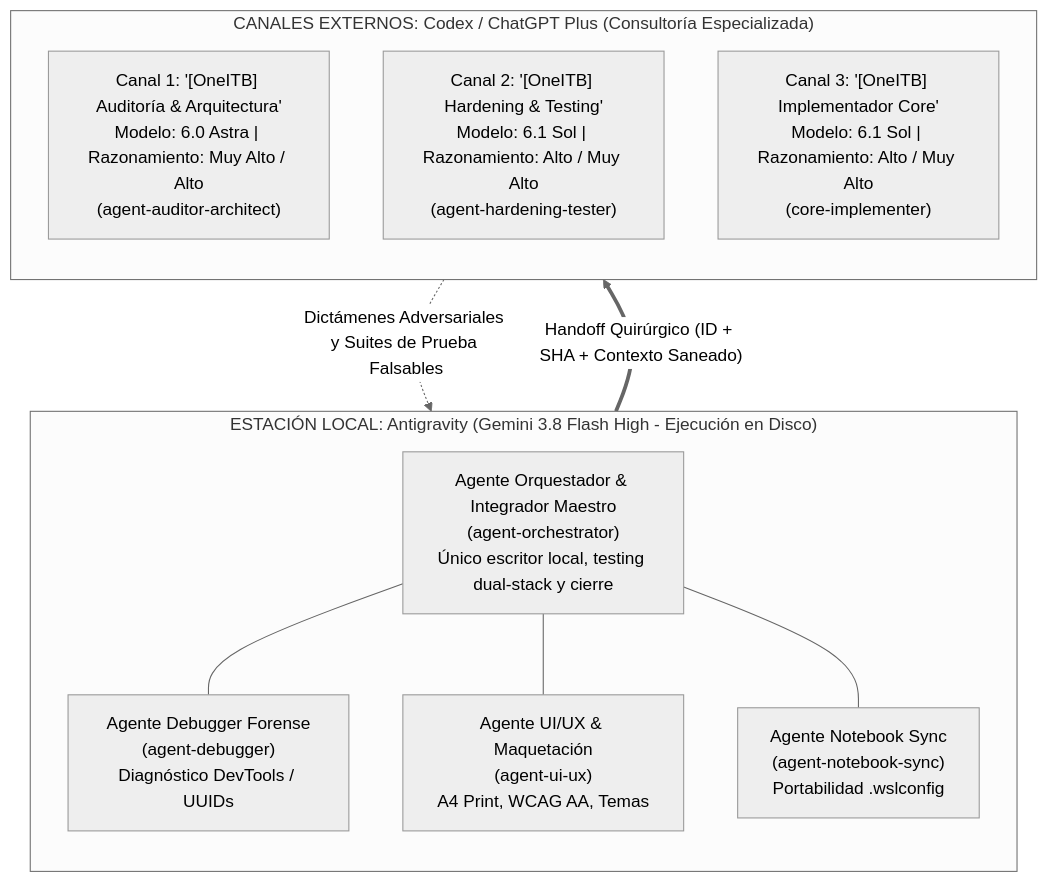
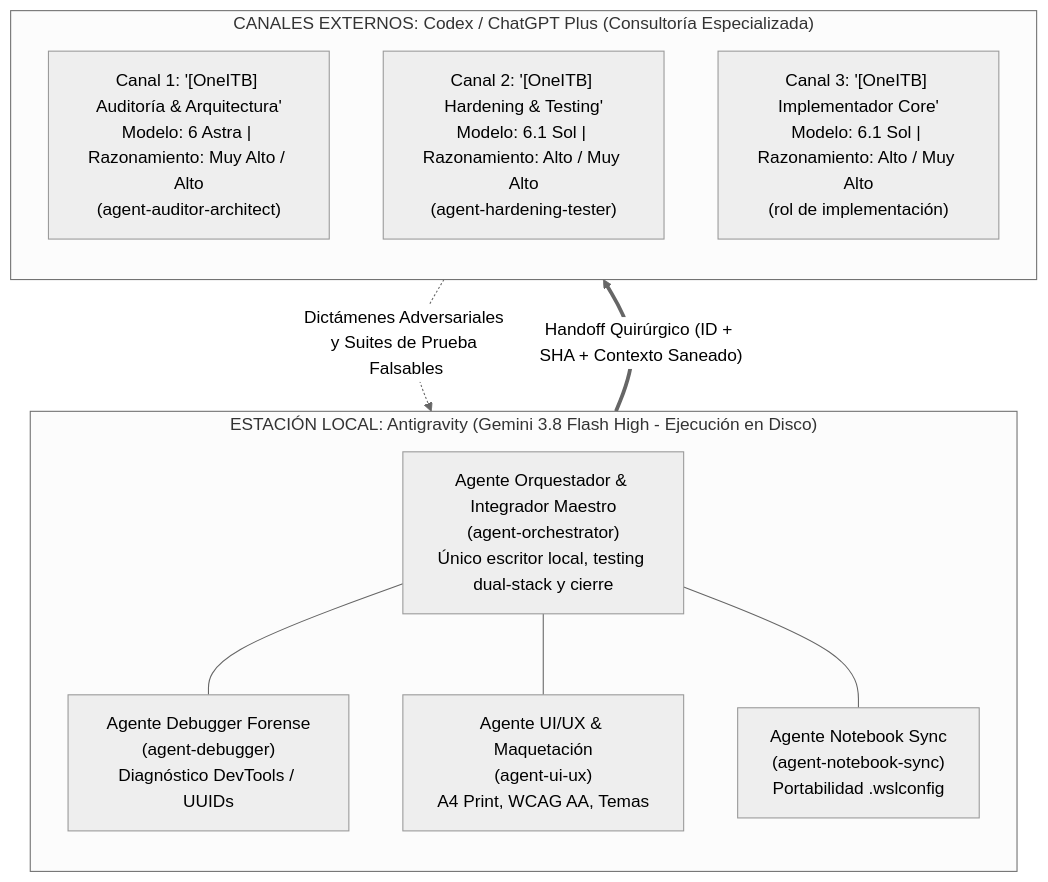
One commit to fagdiaz/OneITB changed the diagram in docs/project_docs/MULTI_AGENT_FRAMEWORK.md. Above: the diagram before and after it, drawn with Mermaid (neutral theme). The commit also changed other lines of this file and 13 other files, not shown here.

````diff
--- a/docs/project_docs/MULTI_AGENT_FRAMEWORK.md
+++ b/docs/project_docs/MULTI_AGENT_FRAMEWORK.md
@@ -15,24 +15,24 @@
 ```mermaid
 flowchart TD
     subgraph Local["ESTACIÓN LOCAL: Antigravity (Gemini 3.8 Flash High - Ejecución en Disco)"]
         direction TB
         ORCH["Agente Orquestador & Integrador Maestro\n(agent-orchestrator)\nÚnico escritor local, testing dual-stack y cierre"]
         DEB["Agente Debugger Forense\n(agent-debugger)\nDiagnóstico DevTools / UUIDs"]
         UI["Agente UI/UX & Maquetación\n(agent-ui-ux)\nA4 Print, WCAG AA, Temas"]
         SYNC["Agente Notebook Sync\n(agent-notebook-sync)\nPortabilidad .wslconfig"]
 
         ORCH --- DEB
         ORCH --- UI
         ORCH --- SYNC
     end
 
     subgraph External["CANALES EXTERNOS: Codex / ChatGPT Plus (Consultoría Especializada)"]
         direction TB
-        CH1["Canal 1: '[OneITB] Auditoría & Arquitectura'\nModelo: 6.0 Astra | Razonamiento: Muy Alto / Alto\n(agent-auditor-architect)"]
+        CH1["Canal 1: '[OneITB] Auditoría & Arquitectura'\nModelo: 6 Astra | Razonamiento: Muy Alto / Alto\n(agent-auditor-architect)"]
         CH2["Canal 2: '[OneITB] Hardening & Testing'\nModelo: 6.1 Sol | Razonamiento: Alto / Muy Alto\n(agent-hardening-tester)"]
-        CH3["Canal 3: '[OneITB] Implementador Core'\nModelo: 6.1 Sol | Razonamiento: Alto / Muy Alto\n(core-implementer)"]
+        CH3["Canal 3: '[OneITB] Implementador Core'\nModelo: 6.1 Sol | Razonamiento: Alto / Muy Alto\n(rol de implementación)"]
     end
 
     ORCH ==>|"Handoff Quirúrgico (ID + SHA + Contexto Saneado)"| External
     External -.->|"Dictámenes Adversariales y Suites de Prueba Falsables"| ORCH
 ```
````
